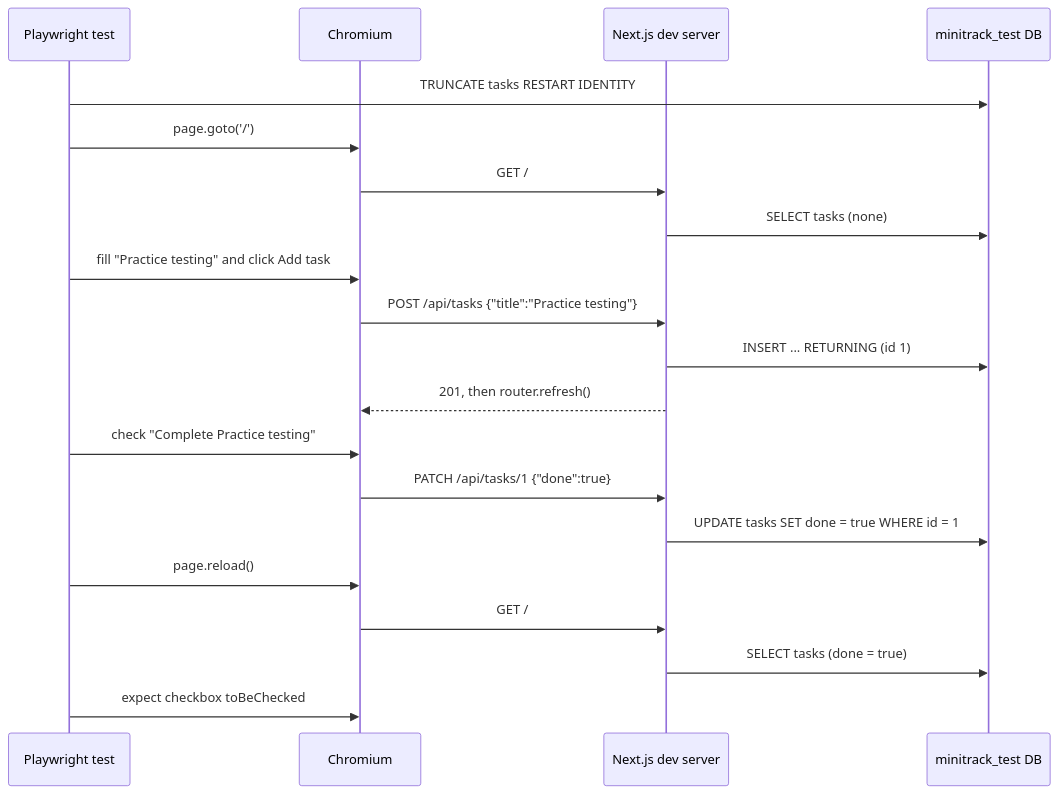
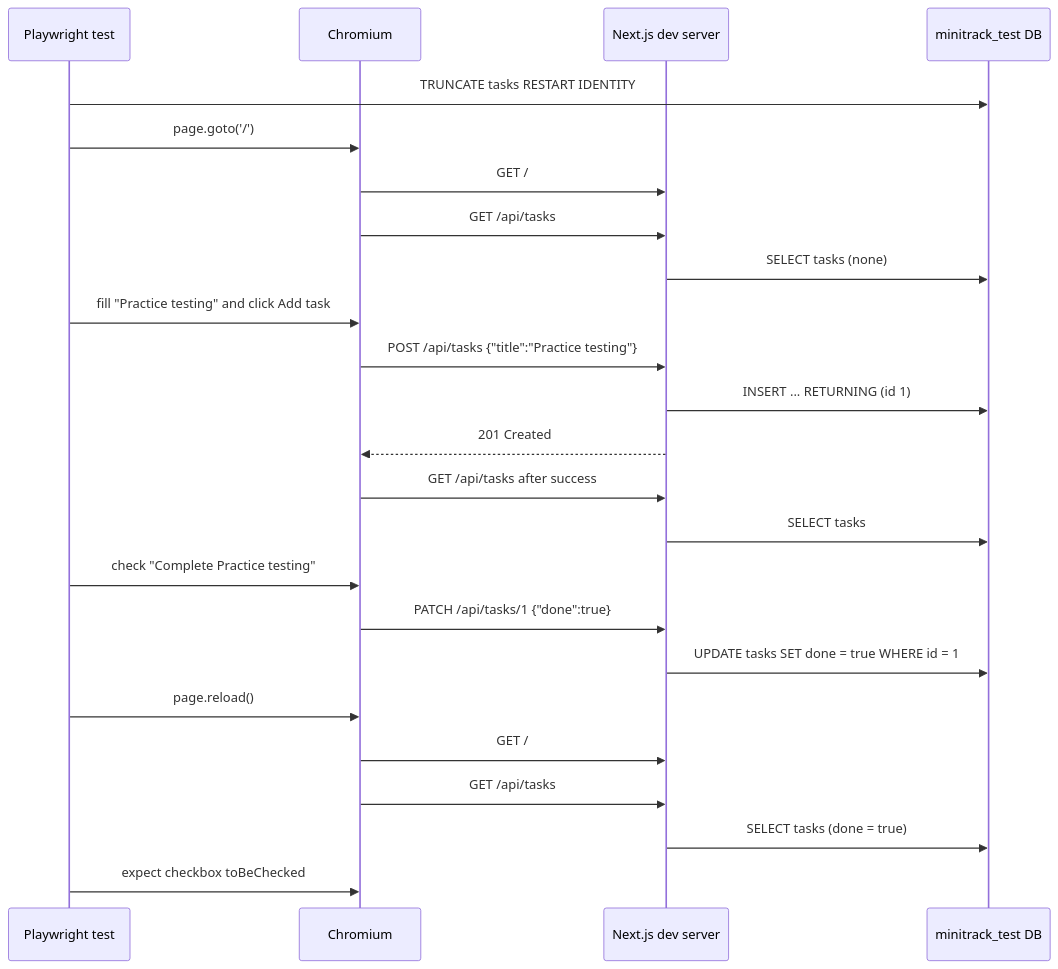
One commit to pratulsharma/minitrack changed the fourth of 4 diagrams in lessons/interview-prep/prep-day-08.md. Above: the diagram before and after it, drawn with Mermaid. The commit also changed other lines of this file and 10 other files, not shown here.

````diff
--- a/lessons/interview-prep/prep-day-08.md
+++ b/lessons/interview-prep/prep-day-08.md
@@ -691,22 +691,26 @@
 ```mermaid
 sequenceDiagram
   participant T as Playwright test
   participant B as Chromium
   participant N as Next.js dev server
   participant D as minitrack_test DB
   T->>D: TRUNCATE tasks RESTART IDENTITY
   T->>B: page.goto('/')
   B->>N: GET /
+  B->>N: GET /api/tasks
   N->>D: SELECT tasks (none)
   T->>B: fill "Practice testing" and click Add task
   B->>N: POST /api/tasks {"title":"Practice testing"}
   N->>D: INSERT ... RETURNING (id 1)
-  N-->>B: 201, then router.refresh()
+  N-->>B: 201 Created
+  B->>N: GET /api/tasks after success
+  N->>D: SELECT tasks
   T->>B: check "Complete Practice testing"
   B->>N: PATCH /api/tasks/1 {"done":true}
   N->>D: UPDATE tasks SET done = true WHERE id = 1
   T->>B: page.reload()
   B->>N: GET /
+  B->>N: GET /api/tasks
   N->>D: SELECT tasks (done = true)
   T->>B: expect checkbox toBeChecked
 ```
````
